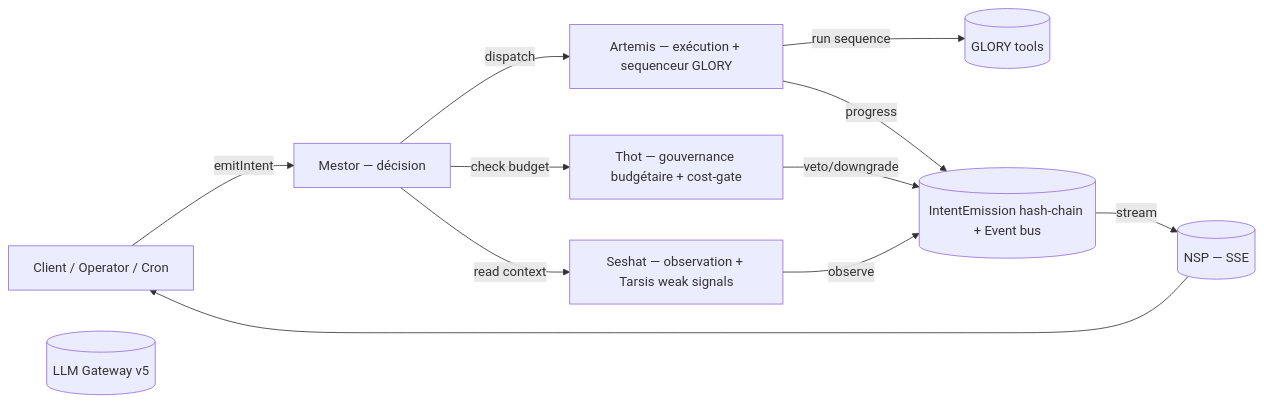
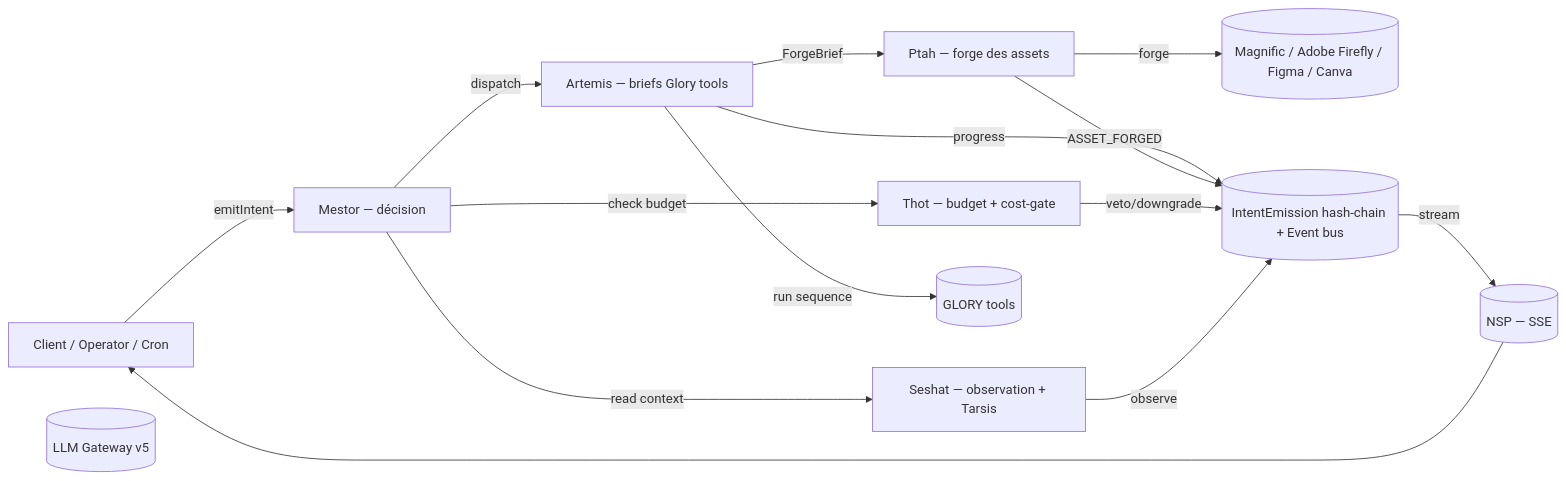
One commit to xtincell/ADVE-project changed the diagram in README.md. Above: the diagram before and after it, drawn with Mermaid. The commit also changed other lines of this file and 52 other files, not shown here.

First line of the commit message:
feat(ptah): 5ème Neter Forge + alignement panthéon (Phase 9, ADR-0009/0010/0011)

````diff
--- a/README.md
+++ b/README.md
@@ -59,23 +59,28 @@
 ```mermaid
 flowchart LR
   client[Client / Operator / Cron]
   mestor[Mestor — décision]
-  artemis[Artemis — exécution + sequenceur GLORY]
-  seshat[Seshat — observation + Tarsis weak signals]
-  thot[Thot — gouvernance budgétaire + cost-gate]
+  artemis[Artemis — briefs Glory tools]
+  ptah[Ptah — forge des assets]
+  seshat[Seshat — observation + Tarsis]
+  thot[Thot — budget + cost-gate]
   glory[(GLORY tools)]
+  providers[(Magnific / Adobe Firefly / Figma / Canva)]
   llm[(LLM Gateway v5)]
   bus[(IntentEmission hash-chain + Event bus)]
   nsp[(NSP — SSE)]
 
   client -- emitIntent --> mestor
   mestor -- check budget --> thot
   mestor -- read context --> seshat
   mestor -- dispatch --> artemis
   artemis -- run sequence --> glory
+  artemis -- ForgeBrief --> ptah
+  ptah -- forge --> providers
   artemis -- progress --> bus
+  ptah -- ASSET_FORGED --> bus
   thot -- veto/downgrade --> bus
   seshat -- observe --> bus
   bus -- stream --> nsp
   nsp --> client
 ```
````
